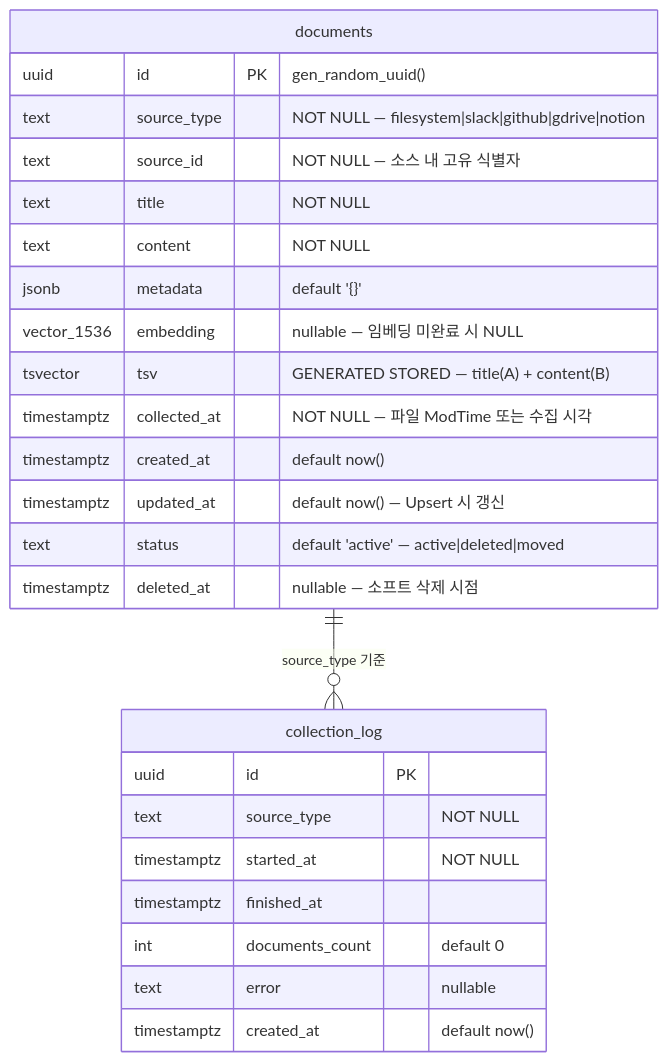
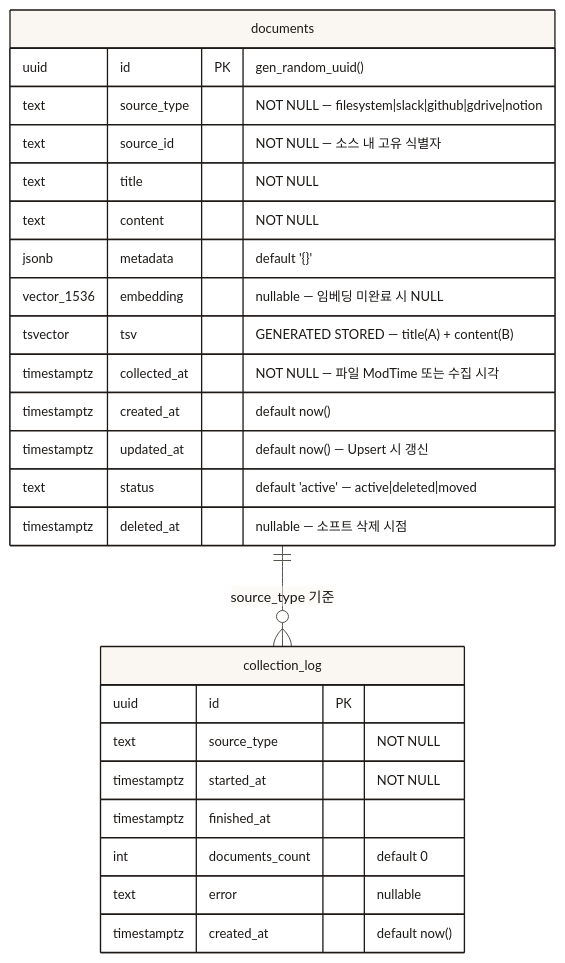
Before and after one commit to baekenough/second-brain: the third of 8 diagrams in ARCHITECTURE.md, drawn with Mermaid. The commit also changed other lines of this file and 31 other files, not shown here.

````diff
--- a/ARCHITECTURE.md
+++ b/ARCHITECTURE.md
@@ -173,30 +220,44 @@
 ```mermaid
+%%{init: {
+  "theme": "base",
+  "themeVariables": {
+    "background": "#faf7f2",
+    "primaryColor": "#faf7f2",
+    "primaryTextColor": "#1c1917",
+    "primaryBorderColor": "#1c1917",
+    "lineColor": "#57534e",
+    "secondaryColor": "#f0ebe3",
+    "tertiaryColor": "#faf7f2",
+    "fontFamily": "-apple-system, BlinkMacSystemFont, Geist, Inter, sans-serif",
+    "fontSize": "13px"
+  }
+}}%%
 erDiagram
     documents {
         uuid id PK "gen_random_uuid()"
         text source_type "NOT NULL — filesystem|slack|github|gdrive|notion"
         text source_id "NOT NULL — 소스 내 고유 식별자"
         text title "NOT NULL"
         text content "NOT NULL"
         jsonb metadata "default '{}'"
         vector_1536 embedding "nullable — 임베딩 미완료 시 NULL"
         tsvector tsv "GENERATED STORED — title(A) + content(B)"
         timestamptz collected_at "NOT NULL — 파일 ModTime 또는 수집 시각"
         timestamptz created_at "default now()"
         timestamptz updated_at "default now() — Upsert 시 갱신"
         text status "default 'active' — active|deleted|moved"
         timestamptz deleted_at "nullable — 소프트 삭제 시점"
     }
 
     collection_log {
         uuid id PK
         text source_type "NOT NULL"
         timestamptz started_at "NOT NULL"
         timestamptz finished_at
         int documents_count "default 0"
         text error "nullable"
         timestamptz created_at "default now()"
     }
 
     documents ||--o{ collection_log : "source_type 기준"
 ```
````
